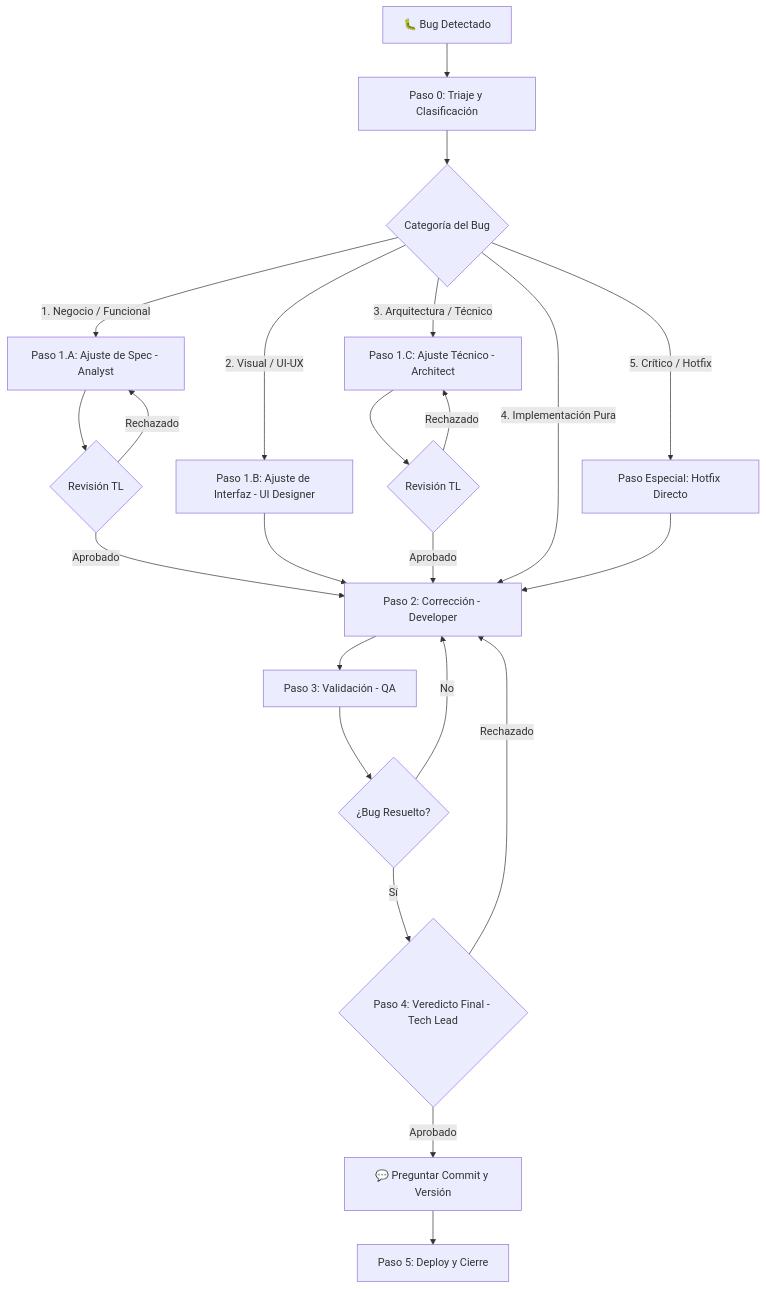
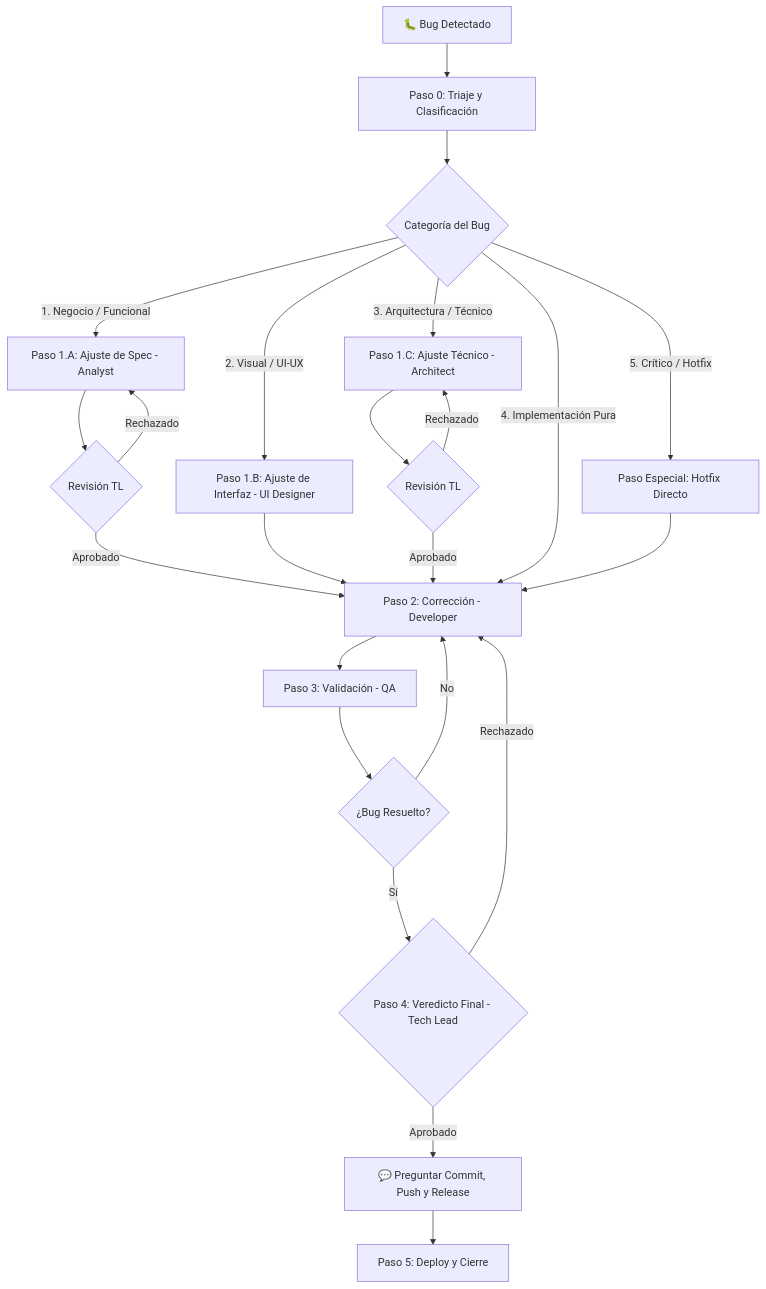
Before and after one commit to ezequielmendoza-dev/ai-agents: the diagram in workflows/bug-fix.md, drawn with Mermaid. The commit also changed other lines of this file and 2 other files, not shown here.

Commit message:
chore: update interaction workflows to mandate commit/push guidance and release versioning checks

````diff
--- a/workflows/bug-fix.md
+++ b/workflows/bug-fix.md
@@ -17,34 +17,34 @@
 ```mermaid
 flowchart TD
     Start[🐛 Bug Detectado] --> Triaje[Paso 0: Triaje y Clasificación]
     
     Triaje --> Categorias{Categoría del Bug}
     
     Categorias -->|1. Negocio / Funcional| Spec[Paso 1.A: Ajuste de Spec - Analyst]
     Spec --> TL_Spec{Revisión TL}
     TL_Spec -->|Rechazado| Spec
     TL_Spec -->|Aprobado| Dev
     
     Categorias -->|2. Visual / UI-UX| UI[Paso 1.B: Ajuste de Interfaz - UI Designer]
     UI --> Dev
     
     Categorias -->|3. Arquitectura / Técnico| Tech[Paso 1.C: Ajuste Técnico - Architect]
     Tech --> TL_Arch{Revisión TL}
     TL_Arch -->|Rechazado| Tech
     TL_Arch -->|Aprobado| Dev
     
     Categorias -->|4. Implementación Pura| Dev[Paso 2: Corrección - Developer]
     
     Categorias -->|5. Crítico / Hotfix| Hot[Paso Especial: Hotfix Directo]
     Hot --> Dev
     
     Dev --> QA[Paso 3: Validación - QA]
     QA --> QA_Status{¿Bug Resuelto?}
     QA_Status -->|No| Dev
     QA_Status -->|Sí| TL_Final{Paso 4: Veredicto Final - Tech Lead}
     
-    TL_Final -->|Aprobado| Ask[💬 Preguntar Commit y Versión]
+    TL_Final -->|Aprobado| Ask[💬 Preguntar Commit, Push y Release]
     TL_Final -->|Rechazado| Dev
     
     Ask --> Deploy[Paso 5: Deploy y Cierre]
 ```
````
